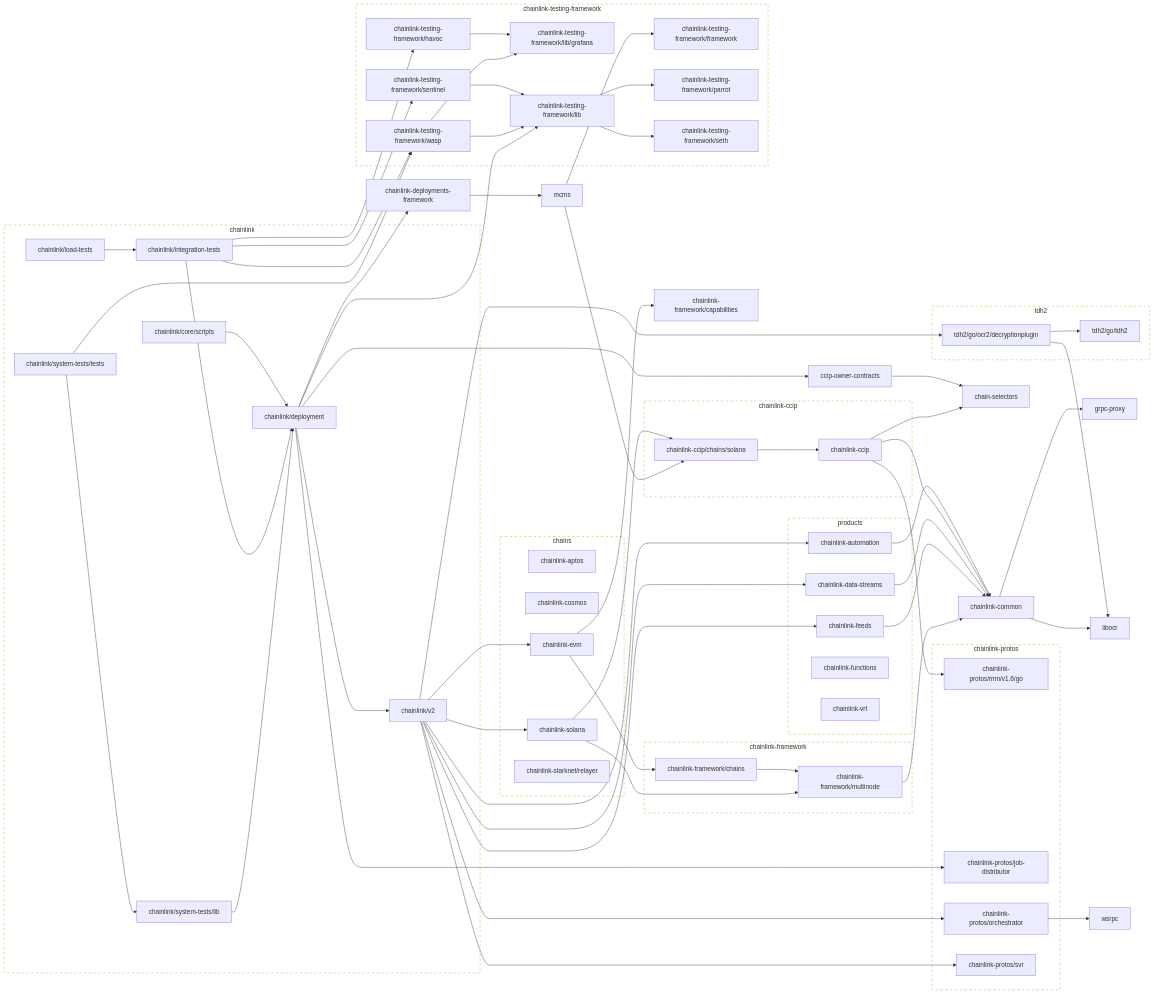
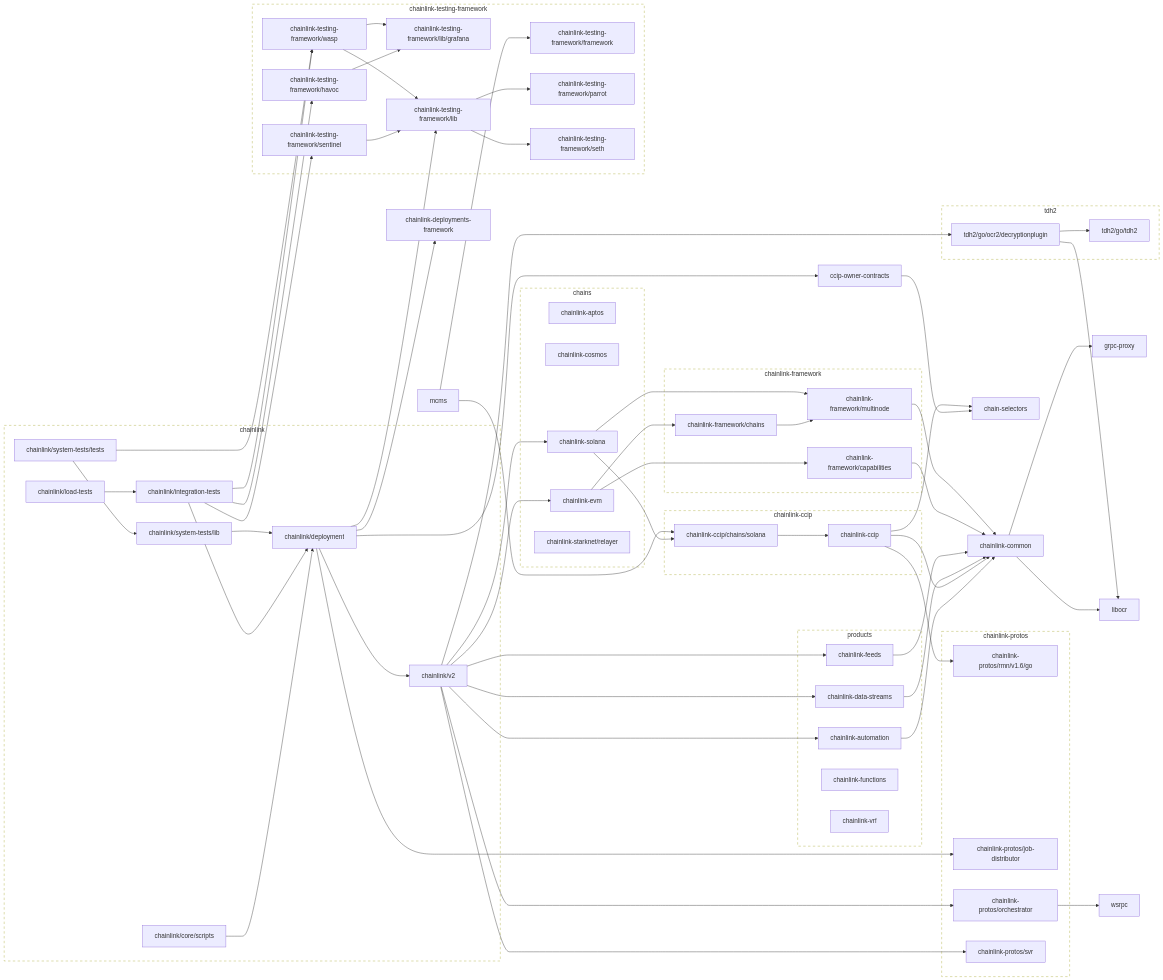
The second of 2 diagrams in go.md (JohnDaWalka/chainlink), drawn with Mermaid before and after one commit. The commit also changed other lines of this file and 22 other files, not shown here.

```diff
--- a/go.md
+++ b/go.md
@@ -141,13 +145,13 @@
 	click chainlink-common href "https://github.com/smartcontractkit/chainlink-common"
 	chainlink-data-streams --> chainlink-common
 	click chainlink-data-streams href "https://github.com/smartcontractkit/chainlink-data-streams"
-	chainlink-deployments-framework --> mcms
-	click chainlink-deployments-framework href "https://github.com/smartcontractkit/chainlink-deployments-framework"
 	chainlink-evm --> chainlink-framework/capabilities
 	chainlink-evm --> chainlink-framework/chains
 	click chainlink-evm href "https://github.com/smartcontractkit/chainlink-evm"
 	chainlink-feeds --> chainlink-common
 	click chainlink-feeds href "https://github.com/smartcontractkit/chainlink-feeds"
+	chainlink-framework/capabilities --> chainlink-common
+	click chainlink-framework/capabilities href "https://github.com/smartcontractkit/chainlink-framework"
 	chainlink-framework/chains --> chainlink-framework/multinode
 	click chainlink-framework/chains href "https://github.com/smartcontractkit/chainlink-framework"
 	chainlink-framework/multinode --> chainlink-common
@@ -243,6 +247,7 @@
 	click chainlink-ccip-repo href "https://github.com/smartcontractkit/chainlink-ccip"
 
 	subgraph chainlink-framework-repo[chainlink-framework]
+		 chainlink-framework/capabilities
 		 chainlink-framework/chains
 		 chainlink-framework/multinode
 	end
```
